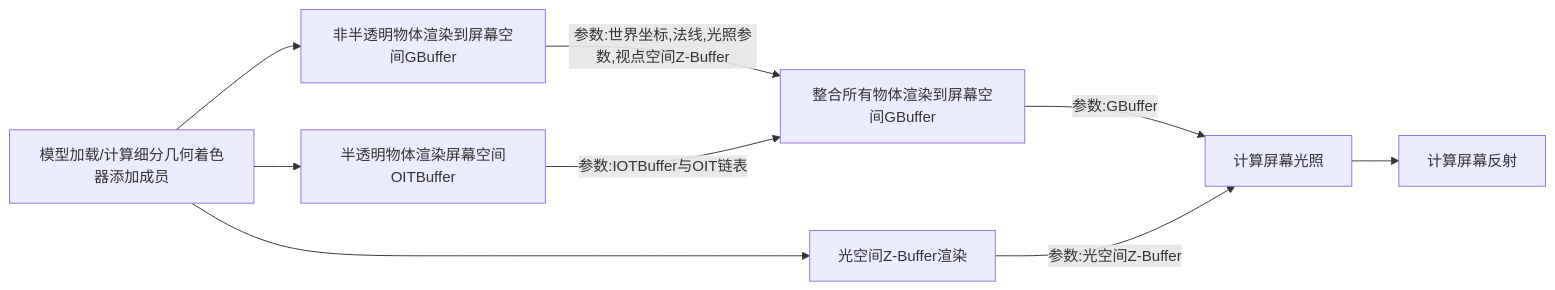
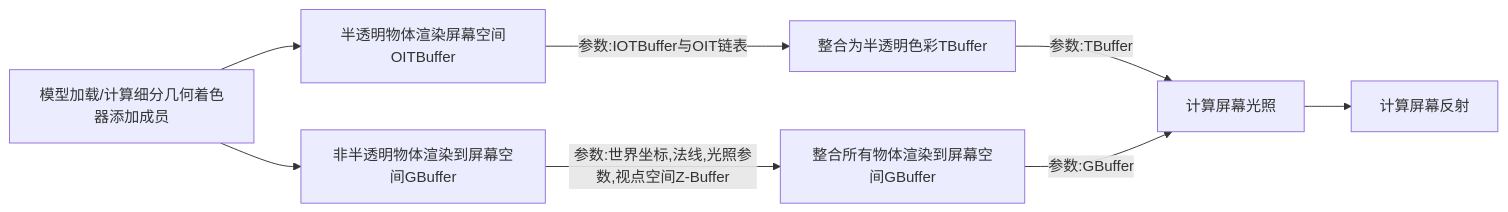
The first of 4 diagrams in document/Structure.md (angrypop/CGProject), drawn with Mermaid before and after one commit. The commit also changed 767 other files, not shown here.

````diff
--- a/document/Structure.md
+++ b/document/Structure.md
@@ -3,10 +3,10 @@
 ```mermaid
 graph LR
    模型加载/计算细分几何着色器添加成员 --> 非半透明物体渲染到屏幕空间GBuffer -->|参数:世界坐标,法线,光照参数,视点空间Z-Buffer| 整合所有物体渲染到屏幕空间GBuffer
-   模型加载/计算细分几何着色器添加成员 --> 光空间Z-Buffer渲染
-   半透明物体渲染屏幕空间OITBuffer -->|参数:IOTBuffer与OIT链表| 整合所有物体渲染到屏幕空间GBuffer
-   -->|参数:GBuffer| 计算屏幕光照
-   光空间Z-Buffer渲染 -->|参数:光空间Z-Buffer| 计算屏幕光照
+
+   半透明物体渲染屏幕空间OITBuffer -->|参数:IOTBuffer与OIT链表| 整合为半透明色彩TBuffer -->|参数:TBuffer| 计算屏幕光照
+   整合所有物体渲染到屏幕空间GBuffer -->|参数:GBuffer| 计算屏幕光照
+
    计算屏幕光照 --> 计算屏幕反射
    模型加载/计算细分几何着色器添加成员 --> 半透明物体渲染屏幕空间OITBuffer
 ```
````
